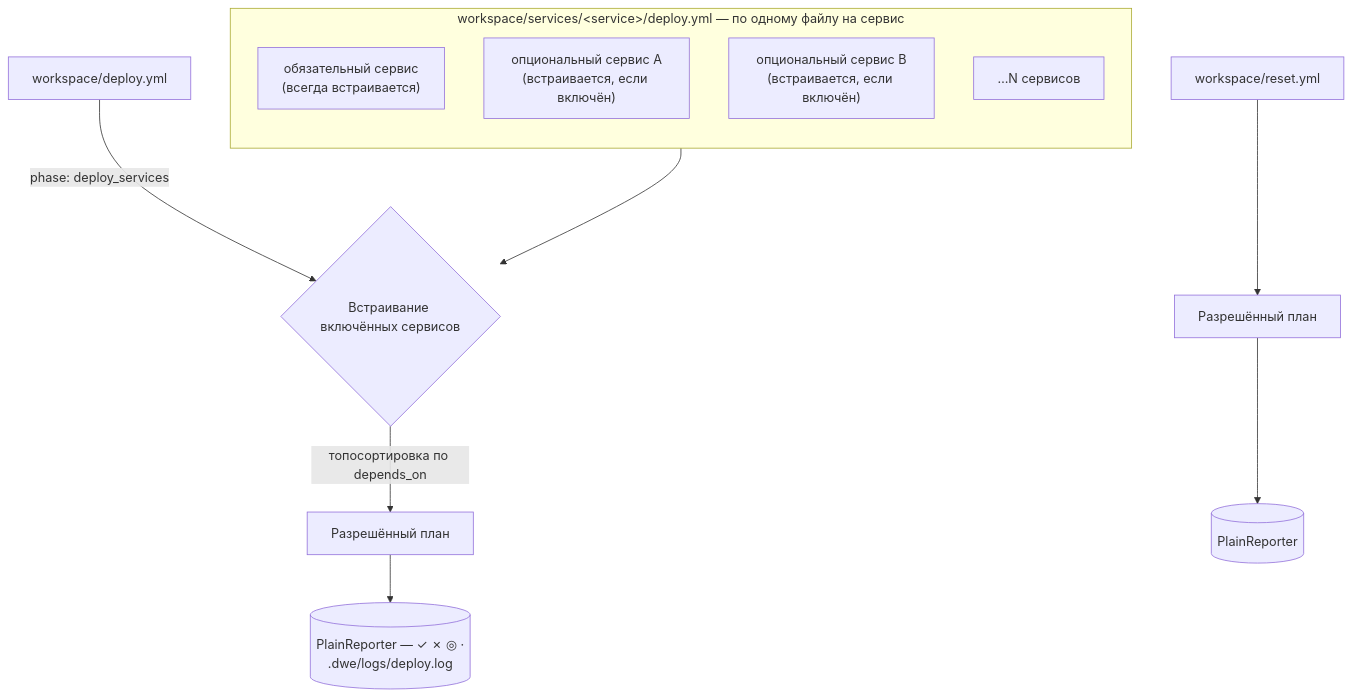
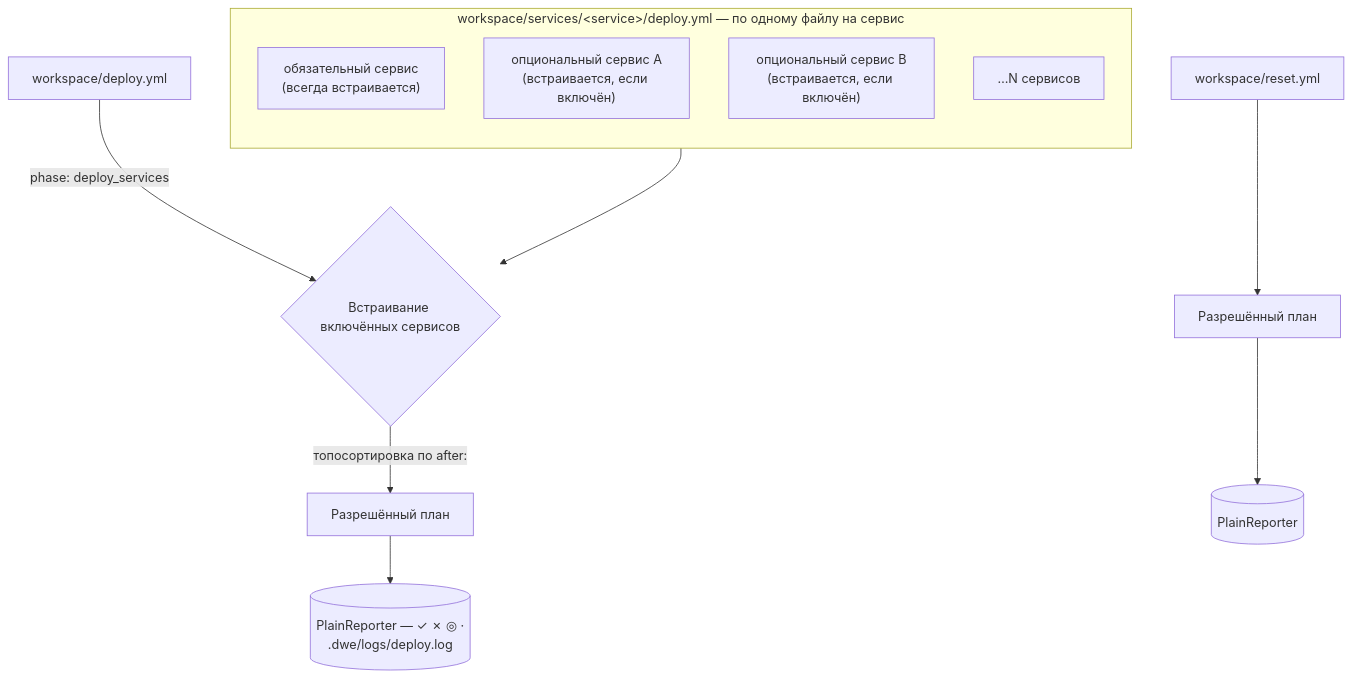
The diagram in docs/i18n/ru/reference/config/deploy/index.md (semsemyonoff/dwe), drawn with Mermaid before and after one commit. The commit also changed other lines of this file and 72 other files, not shown here.

````diff
--- a/docs/i18n/ru/reference/config/deploy/index.md
+++ b/docs/i18n/ru/reference/config/deploy/index.md
@@ -45,18 +45,18 @@
 ```mermaid
 flowchart TB
   D[workspace/deploy.yml] -->|phase: deploy_services| INL{Встраивание включённых сервисов}
 
   subgraph svc["workspace/services/&lt;service&gt;/deploy.yml — по одному файлу на сервис"]
     direction TB
     S1["обязательный сервис<br/>(всегда встраивается)"]
     S2["опциональный сервис A<br/>(встраивается, если включён)"]
     S3["опциональный сервис B<br/>(встраивается, если включён)"]
     SN["…N сервисов"]
   end
 
   svc --> INL
-  INL -->|топосортировка по depends_on| PLAN[Разрешённый план]
+  INL -->|топосортировка по after:| PLAN[Разрешённый план]
   PLAN --> RUN[(PlainReporter — ✓ ✗ ◎ ·<br/>.dwe/logs/deploy.log)]
 
   R[workspace/reset.yml] --> RPLAN[Разрешённый план] --> RUN2[(PlainReporter)]
 ```
````
